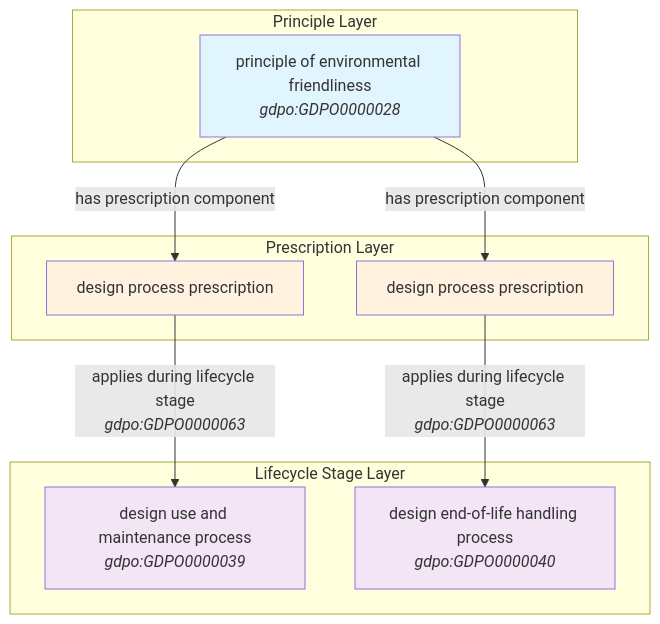
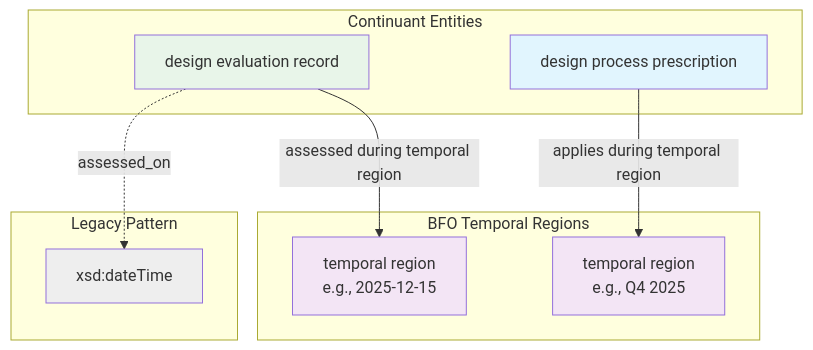
One commit to TimothyWColeman/GoodDesignPrinciplesOntology changed the fourth of 9 diagrams in docs/design-pattern-diagrams.md. Above: the diagram before and after it, drawn with Mermaid. The commit also changed other lines of this file and 12 other files, not shown here.

Commit message:
Release GDPO v4.0.2: temporal region indexing, updated documentation

````diff
--- a/docs/design-pattern-diagrams.md
+++ b/docs/design-pattern-diagrams.md
@@ -83,27 +148,25 @@
 ```mermaid
 graph TB
-    subgraph "Principle Layer"
-        PEF[principle of environmental friendliness<br/><i>gdpo:GDPO0000028</i>]
+    subgraph Continuants["Continuant Entities"]
+        DER[design evaluation record]
+        DPP[design process prescription]
     end
     
-    subgraph "Prescription Layer"
-        DPP1[design process prescription]
-        DPP2[design process prescription]
+    subgraph Temporal["BFO Temporal Regions"]
+        TR1[temporal region<br/>e.g., Q4 2025]
+        TR2[temporal region<br/>e.g., 2025-12-15]
     end
     
-    subgraph "Lifecycle Stage Layer"
-        DUM[design use and maintenance process<br/><i>gdpo:GDPO0000039</i>]
-        DEL[design end-of-life handling process<br/><i>gdpo:GDPO0000040</i>]
+    DER -->|assessed during temporal region| TR2
+    DPP -->|applies during temporal region| TR1
+    
+    subgraph Legacy["Legacy Pattern"]
+        DER -.->|assessed_on| DT["xsd:dateTime"]
     end
     
-    PEF -->|has prescription component| DPP1
-    PEF -->|has prescription component| DPP2
-    DPP1 -->|applies during lifecycle stage<br/><i>gdpo:GDPO0000063</i>| DUM
-    DPP2 -->|applies during lifecycle stage<br/><i>gdpo:GDPO0000063</i>| DEL
-    
-    style PEF fill:#e1f5fe
-    style DPP1 fill:#fff3e0
-    style DPP2 fill:#fff3e0
-    style DUM fill:#f3e5f5
-    style DEL fill:#f3e5f5
+    style DER fill:#e8f5e9
+    style DPP fill:#e1f5fe
+    style TR1 fill:#f3e5f5
+    style TR2 fill:#f3e5f5
+    style DT fill:#eeeeee
 ```
````
